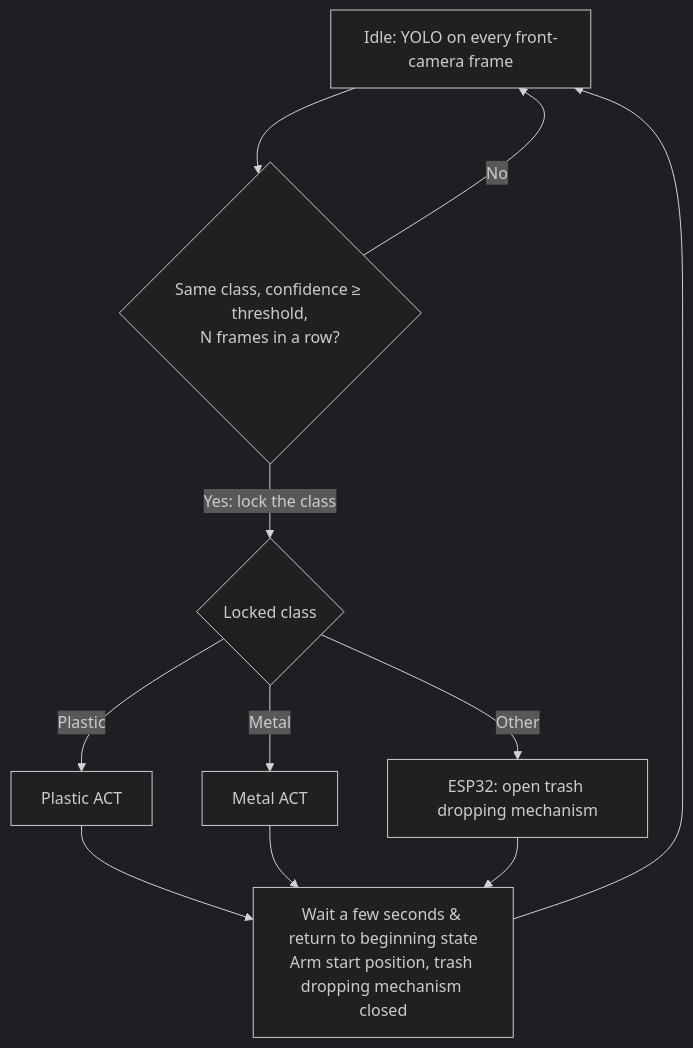
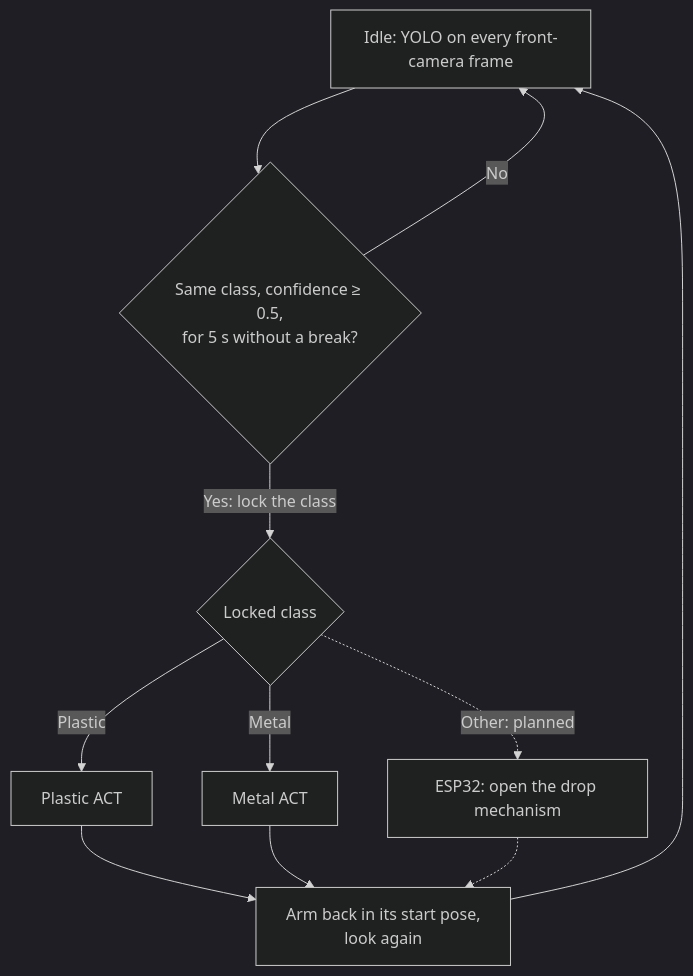
The diagram in README.md (dark-neonus/Cleany_AI_Trash_Sorting_Robot), drawn with Mermaid (dark theme) before and after one commit. The commit also changed other lines of this file and 41 other files, not shown here.

````diff
--- a/README.md
+++ b/README.md
@@ -40,16 +56,16 @@
 ```mermaid
 flowchart TD
-    A[Idle: YOLO on every front-camera frame] --> B{Same class, confidence ≥ threshold,<br/>N frames in a row?}
+    A[Idle: YOLO on every front-camera frame] --> B{Same class, confidence ≥ 0.5,<br/>for 5 s without a break?}
     B -->|No| A
     B -->|Yes: lock the class| C{Locked class}
 
     C -->|Plastic| D[Plastic ACT]
     C -->|Metal| E[Metal ACT]
-    C -->|Other| F[ESP32: open trash dropping mechanism]
+    C -.->|Other: planned| F[ESP32: open the drop mechanism]
 
-    D --> G[Wait a few seconds & return to beginning state<br/>Arm start position, trash dropping mechanism closed]
+    D --> G[Arm back in its start pose,<br/>look again]
     E --> G
-    F --> G
+    F -.-> G
 
     G --> A
 ```
````
